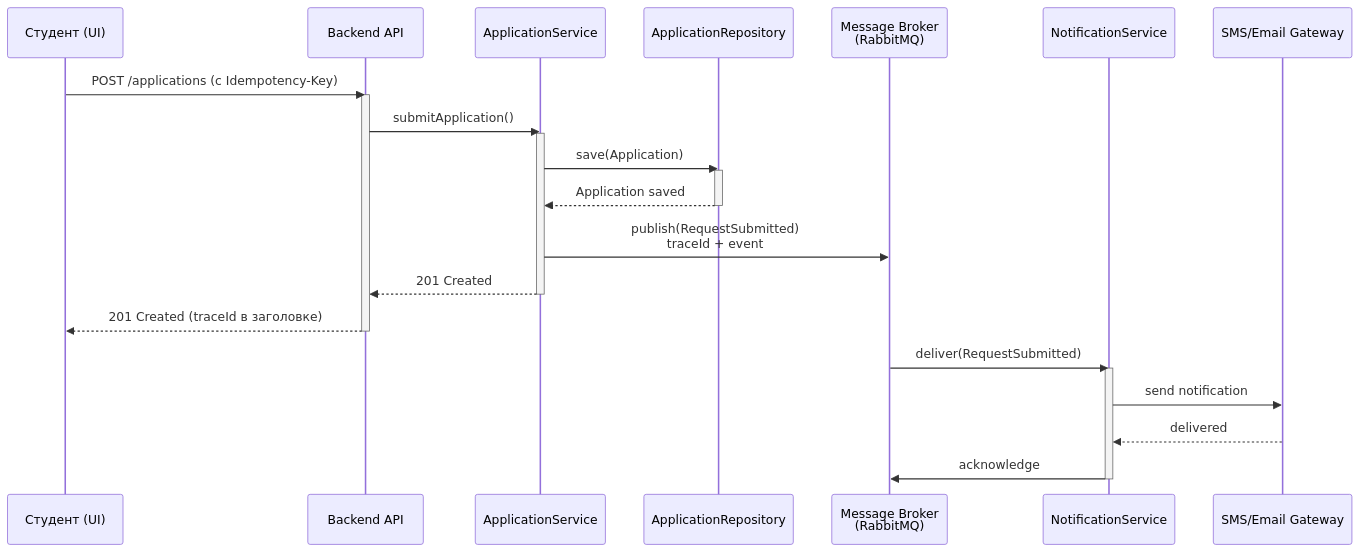
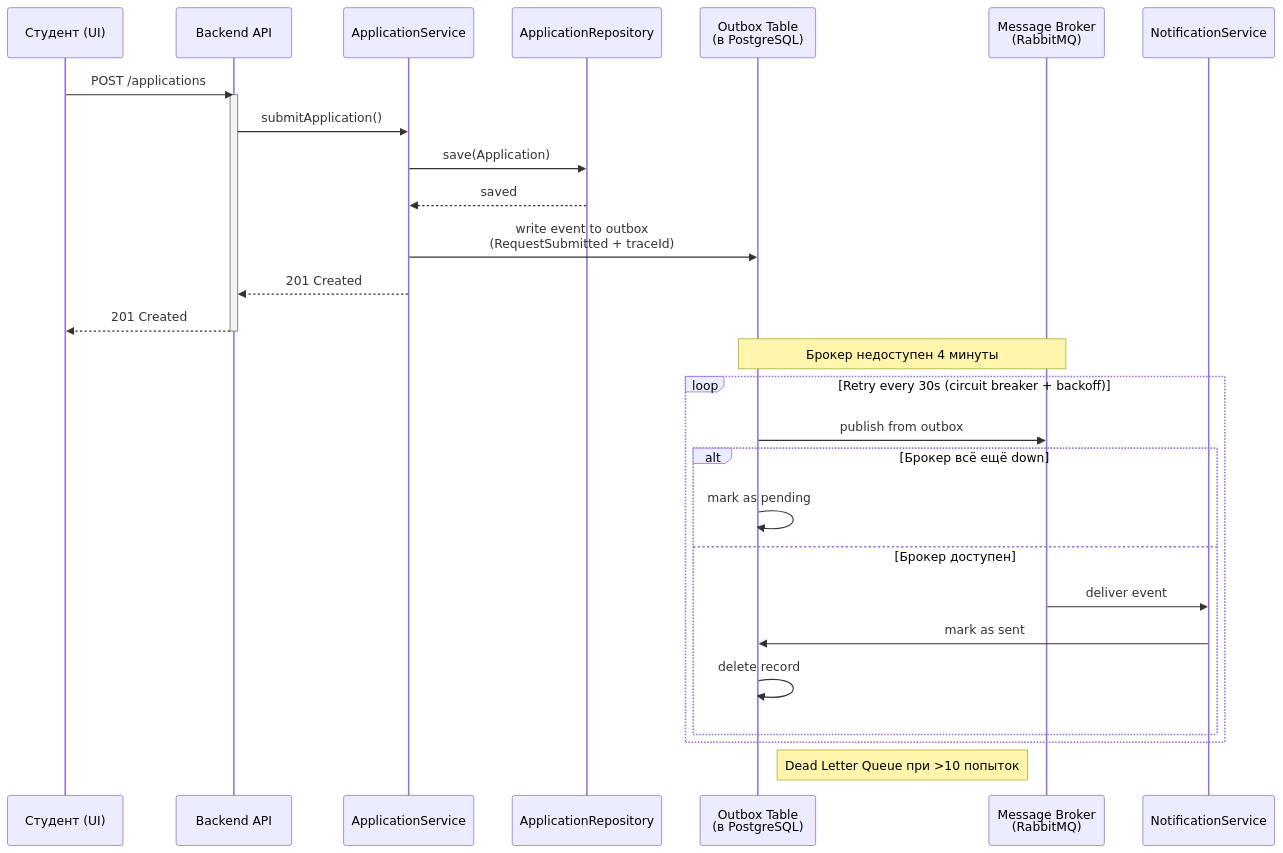
One commit to deneazz/architecture1 changed the diagram in README.md. Above: the diagram before and after it, drawn with Mermaid.

````diff
--- a/README.md
+++ b/README.md
@@ -1,31 +1,34 @@
 ```mermaid
 sequenceDiagram
     participant Student as Студент (UI)
     participant Backend as Backend API
     participant AppService as ApplicationService
     participant Repo as ApplicationRepository
+    participant Outbox as Outbox Table<br/>(в PostgreSQL)
     participant Broker as Message Broker<br/>(RabbitMQ)
     participant NotifService as NotificationService
-    participant Gateway as SMS/Email Gateway
 
-    Student->>Backend: POST /applications (с Idempotency-Key)
+    Student->>Backend: POST /applications
     activate Backend
     Backend->>AppService: submitApplication()
-    activate AppService
     AppService->>Repo: save(Application)
-    activate Repo
-    Repo-->>AppService: Application saved
-    deactivate Repo
-    AppService->>Broker: publish(RequestSubmitted)<br/>traceId + event
+    Repo-->>AppService: saved
+    AppService->>Outbox: write event to outbox<br/>(RequestSubmitted + traceId)
     AppService-->>Backend: 201 Created
-    deactivate AppService
-    Backend-->>Student: 201 Created (traceId в заголовке)
+    Backend-->>Student: 201 Created
     deactivate Backend
 
-    Broker->>NotifService: deliver(RequestSubmitted)
-    activate NotifService
-    NotifService->>Gateway: send notification
-    Gateway-->>NotifService: delivered
-    NotifService->>Broker: acknowledge
-    deactivate NotifService
+    Note over Outbox,Broker: Брокер недоступен 4 минуты
+    loop Retry every 30s (circuit breaker + backoff)
+        Outbox->>Broker: publish from outbox
+        alt Брокер всё ещё down
+            Outbox->>Outbox: mark as pending
+        else Брокер доступен
+            Broker->>NotifService: deliver event
+            NotifService->>Outbox: mark as sent
+            Outbox->>Outbox: delete record
+        end
+    end
+
+    Note right of Outbox: Dead Letter Queue при >10 попыток
 ```
````
